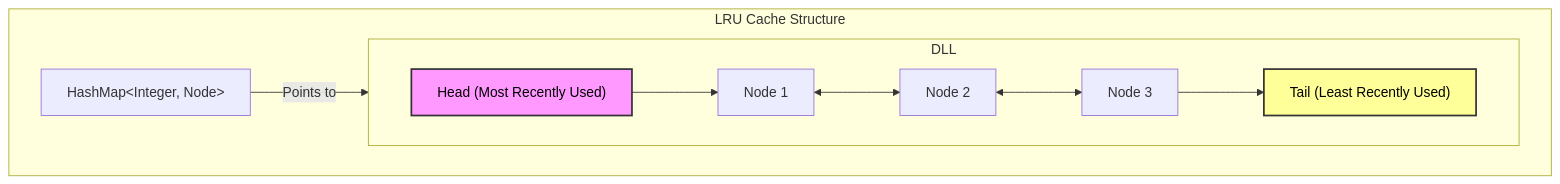
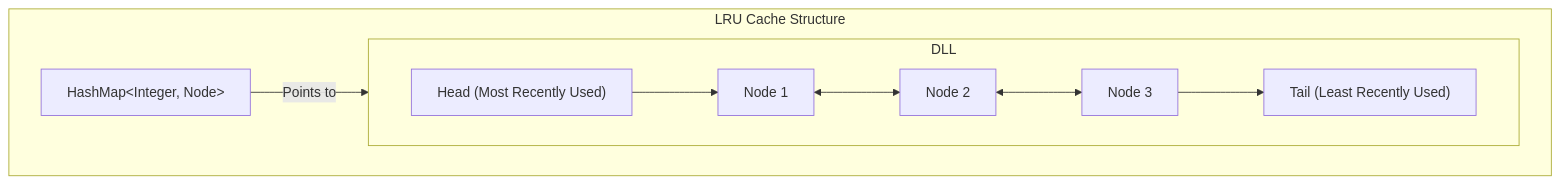
Before and after one commit to gel/gel.github.io: the diagram in content/interviews/3-coding-problems/2_problem_solving.md, drawn with Mermaid. The commit also changed 1 other file, not shown here.

Commit message:
feat: Enhance dark mode table styling and improve Mermaid diagram integration with custom dark theme variables and `startOnLoad: false`.

````diff
--- a/content/interviews/3-coding-problems/2_problem_solving.md
+++ b/content/interviews/3-coding-problems/2_problem_solving.md
@@ -32,25 +32,22 @@
 ```mermaid
 graph TD
     subgraph "LRU Cache Structure"
         Map["HashMap&lt;Integer, Node&gt;"]
         DLL["Doubly Linked List"]
     end
 
     Map -- "Points to" --> DLL
 
     subgraph DLL
         Head["Head (Most Recently Used)"]
         Tail["Tail (Least Recently Used)"]
         N1[Node 1]
         N2[Node 2]
         N3[Node 3]
 
         Head --> N1
         N1 <--> N2
         N2 <--> N3
         N3 --> Tail
     end
-
-    style Head fill:#f9f,stroke:#333,stroke-width:2px,color:#000
-    style Tail fill:#ff9,stroke:#333,stroke-width:2px,color:#000
 ```
````
